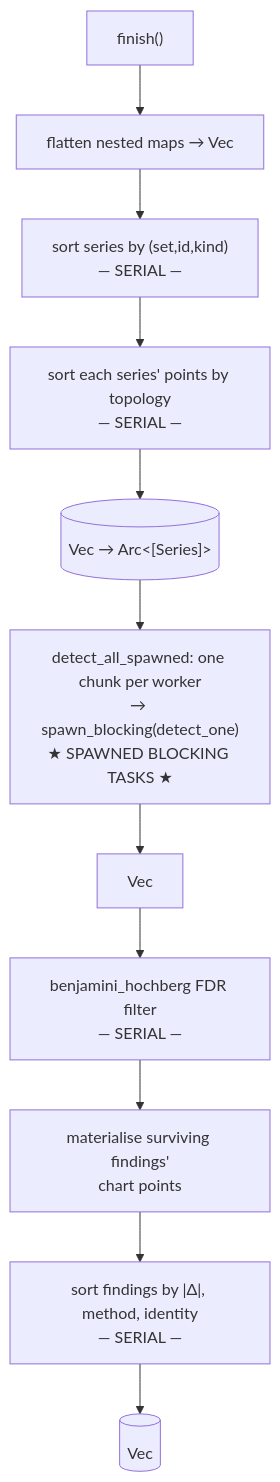
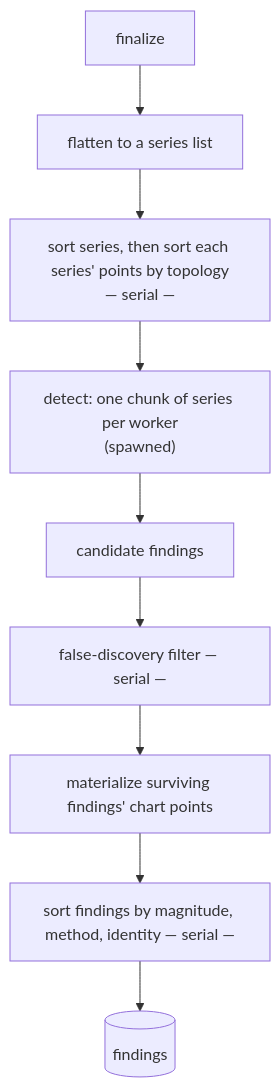
One commit to folo-rs/folo changed the third of 4 diagrams in packages/cargo-bench-history/docs/analyze.md. Above: the diagram before and after it, drawn with Mermaid. The commit also changed other lines of this file and 8 other files, not shown here.

````diff
--- a/packages/cargo-bench-history/docs/analyze.md
+++ b/packages/cargo-bench-history/docs/analyze.md
@@ -161,13 +105,11 @@
 ```mermaid
 flowchart TD
-  FIN["finish()"] --> FLAT["flatten nested maps → Vec<Series>"]
-  FLAT --> SS["sort series by (set,id,kind)\n— SERIAL —"]
-  SS --> PPS["sort each series' points by topology\n— SERIAL —"]
-  PPS --> SERIES[("Vec<Series> → Arc<[Series]>")]
-  SERIES --> DALL["detect_all_spawned: one chunk per worker\n→ spawn_blocking(detect_one)\n★ SPAWNED BLOCKING TASKS ★"]
-  DALL --> CANDS["Vec<Candidate>"]
-  CANDS --> BH["benjamini_hochberg FDR filter\n— SERIAL —"]
-  BH --> MAT["materialise surviving findings'\nchart points"]
-  MAT --> SF["sort findings by |Δ|, method, identity\n— SERIAL —"]
-  SF --> FINDINGS[("Vec<Finding>")]
+  FIN["finalize"] --> FLAT["flatten to a series list"]
+  FLAT --> SS["sort series, then sort each series' points by topology\n— serial —"]
+  SS --> DALL["detect: one chunk of series per worker\n(spawned)"]
+  DALL --> CANDS["candidate findings"]
+  CANDS --> BH["false-discovery filter — serial —"]
+  BH --> MAT["materialize surviving findings' chart points"]
+  MAT --> SF["sort findings by magnitude, method, identity — serial —"]
+  SF --> FINDINGS[("findings")]
 ```
````
